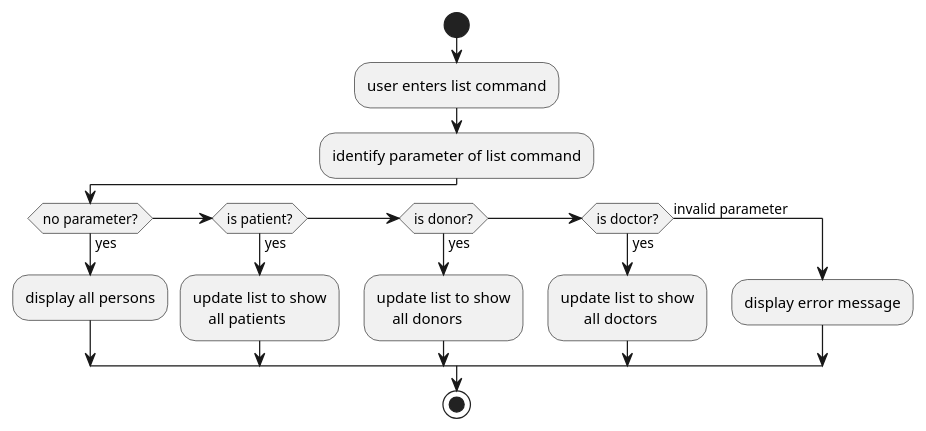
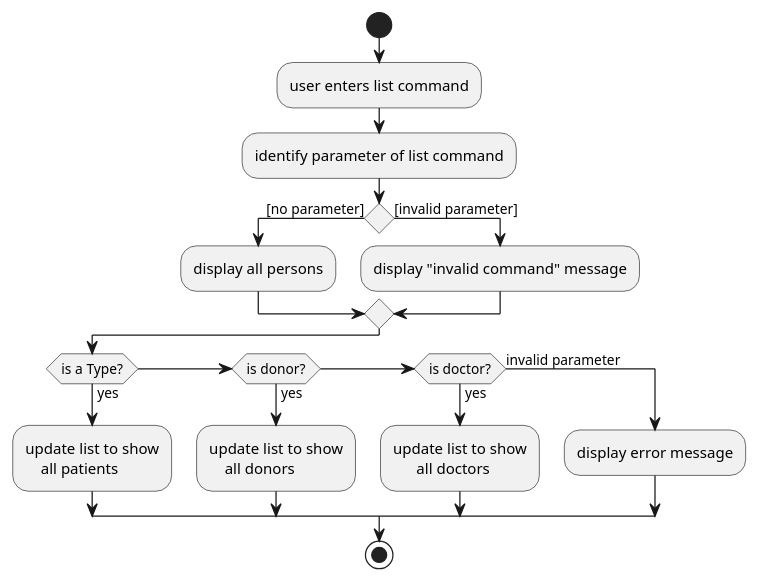
The diagram in docs/diagrams/ListActivityDiagram.puml (AY1920S1-CS2103T-T13-1/main), drawn with PlantUML before and after one commit. The commit also changed 4 other files, not shown here.

```diff
--- a/docs/diagrams/ListActivityDiagram.puml
+++ b/docs/diagrams/ListActivityDiagram.puml
@@ -1,21 +1,24 @@
 @startuml
 
 start
 :user enters list command;
 :identify parameter of list command;
-if (no parameter?) then (yes)
+if () then ([no parameter])
     :display all persons;
-elseif (is patient?) then (yes)
+else ([invalid parameter])
+    :display "invalid command" message;
+endif
+if (is a Type?) then (yes)
     :update list to show
         all patients;
 elseif (is donor?) then (yes)
     :update list to show
         all donors;
 elseif (is doctor?) then (yes)
     :update list to show
           all doctors;
 else (invalid parameter)
     :display error message;
 endif
 stop
 @enduml
```
